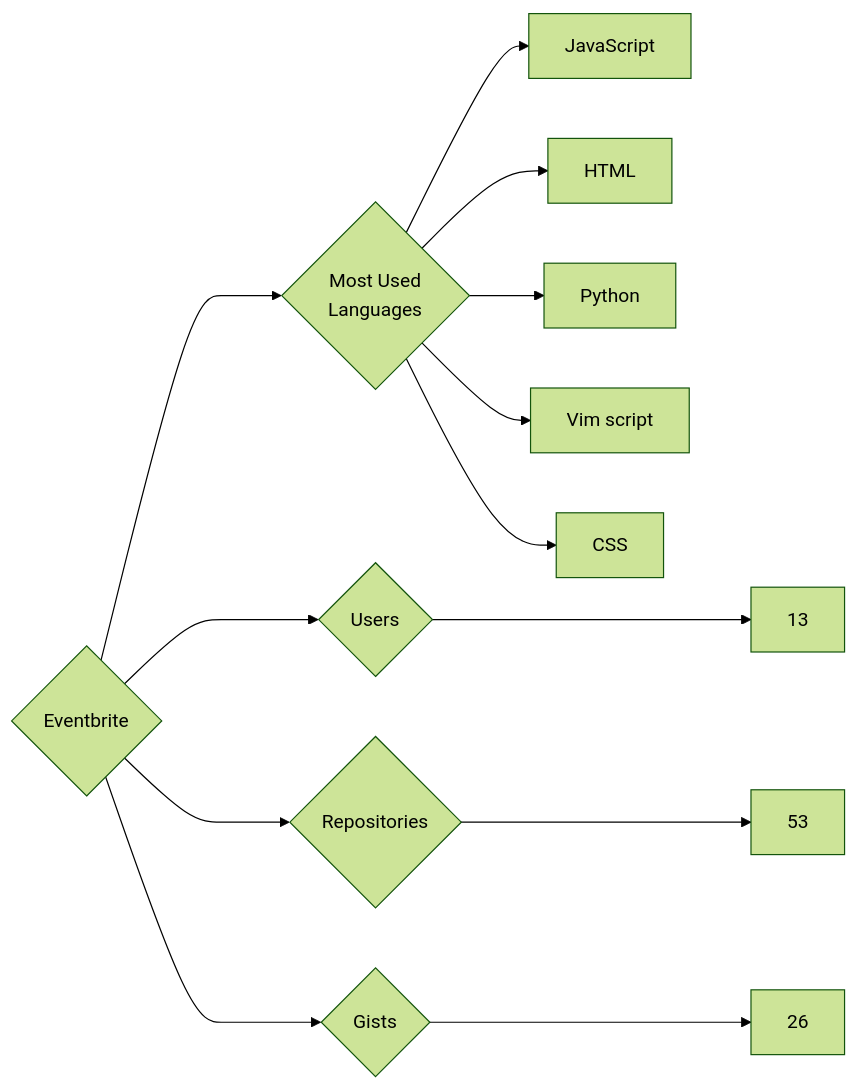
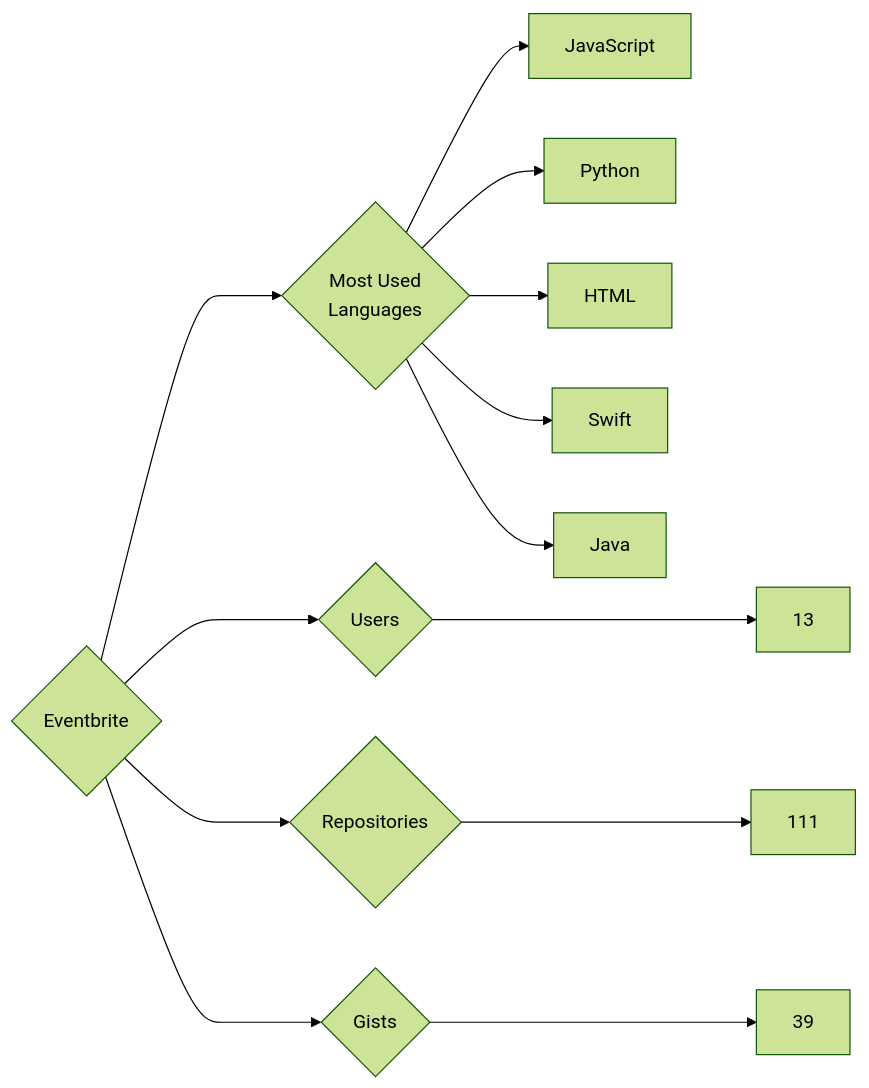
Before and after one commit to trickest/insiders: the diagram in targets/Eventbrite/README.md, drawn with Mermaid (forest theme). The commit also changed 782 other files, not shown here.

````diff
--- a/targets/Eventbrite/README.md
+++ b/targets/Eventbrite/README.md
@@ -3,13 +3,13 @@
 ```mermaid
 graph LR
 COMPANY_NAME{Eventbrite}
 COMPANY_NAME ---> U{Users} ---> UN[13]
-COMPANY_NAME ---> R{Repositories} ---> RN[53]
-COMPANY_NAME ---> G{Gists} ---> GN[26]
+COMPANY_NAME ---> R{Repositories} ---> RN[111]
+COMPANY_NAME ---> G{Gists} ---> GN[39]
 COMPANY_NAME ---> ML{Most Used<br>Languages}
 ML --> JavaScript[JavaScript]
+ML --> Python[Python]
 ML --> HTML[HTML]
-ML --> Python[Python]
-ML --> Vim_script[Vim script]
-ML --> CSS[CSS]
+ML --> Swift[Swift]
+ML --> Java[Java]
 ```
````
